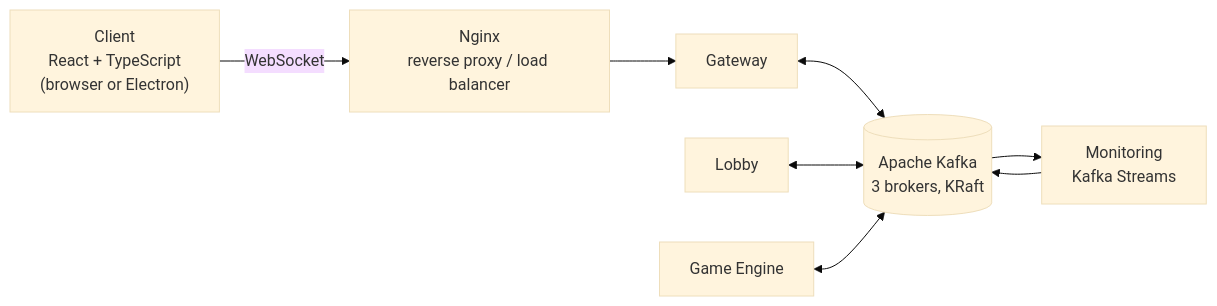
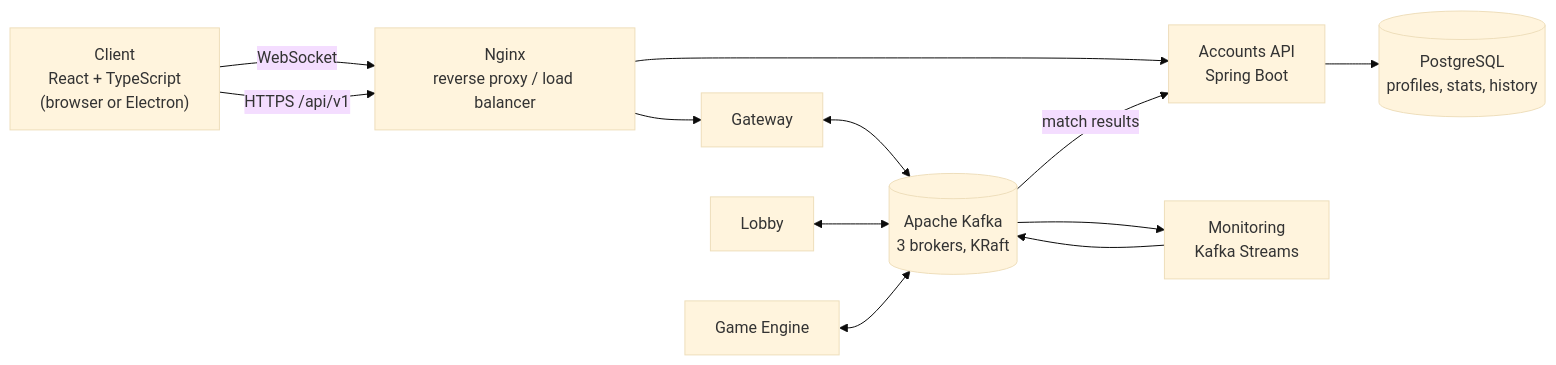
The diagram in README.md (JoaoGBarros/HereToSlay), drawn with Mermaid (base theme) before and after one commit. The commit also changed other lines of this file, not shown here.

````diff
--- a/README.md
+++ b/README.md
@@ -45,10 +48,19 @@
 ```mermaid
 flowchart LR
-    client["Client<br/>React + TypeScript<br/>(browser or Electron)"] -- WebSocket --> nginx["Nginx<br/>reverse proxy / load balancer"]
+    client["Client<br/>React + TypeScript<br/>(browser or Electron)"]
+    nginx["Nginx<br/>reverse proxy / load balancer"]
+
+    client -- WebSocket --> nginx
+    client -- HTTPS /api/v1 --> nginx
     nginx --> gateway["Gateway"]
+    nginx --> accounts["Accounts API<br/>Spring Boot"]
+
     gateway <--> kafka[("Apache Kafka<br/>3 brokers, KRaft")]
     lobby["Lobby"] <--> kafka
     engine["Game Engine"] <--> kafka
     kafka --> monitoring["Monitoring<br/>Kafka Streams"]
     monitoring --> kafka
+
+    kafka -- match results --> accounts
+    accounts --> postgres[("PostgreSQL<br/>profiles, stats, history")]
 ```
````
